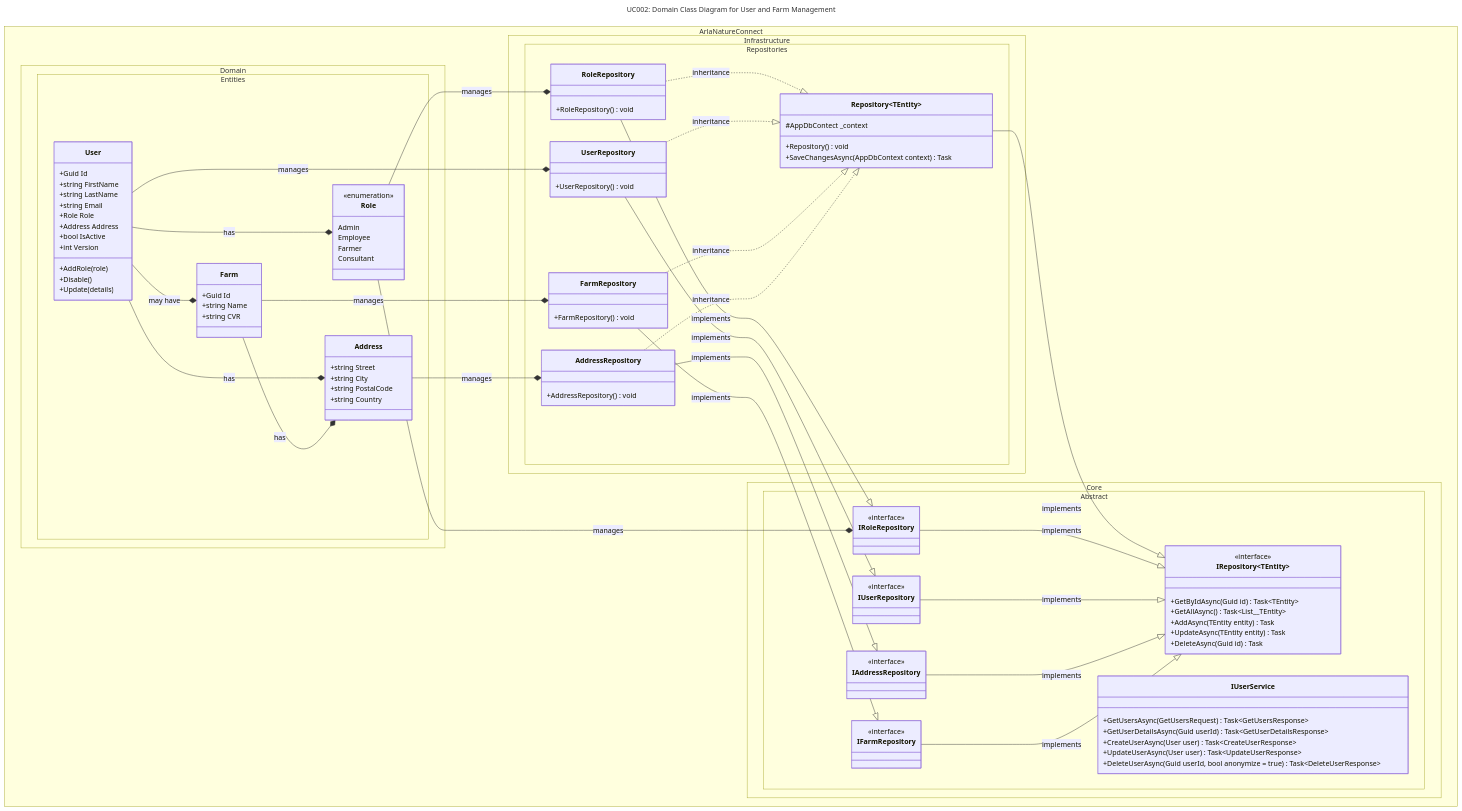
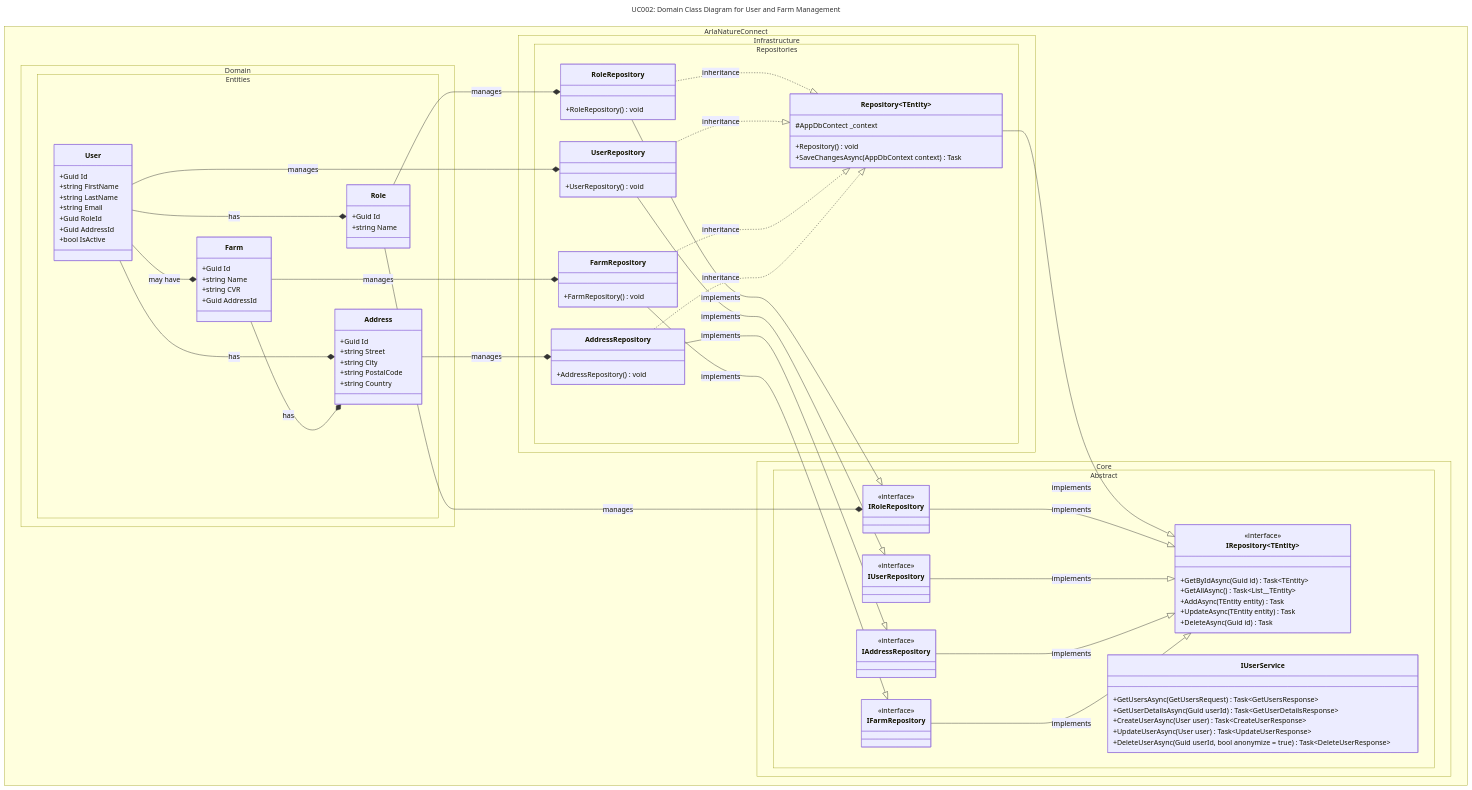
The diagram in docs/UseCase002-AdministrateFarmsAndUsers/UC002-DCD.mmd (DMOoF25-TEAM11/ArlaNatureConnect), drawn with Mermaid before and after one commit.

Commit message:
Update match the ER model

```diff
--- a/docs/UseCase002-AdministrateFarmsAndUsers/UC002-DCD.mmd
+++ b/docs/UseCase002-AdministrateFarmsAndUsers/UC002-DCD.mmd
@@ -1,136 +1,131 @@
 ---
 title: "UC002: Domain Class Diagram for User and Farm Management"
 crossreferencer: UC002-DomainModel.mmd, UC002-SSD.mmd
 ---
 classDiagram
     direction TB
 
     namespace ArlaNatureConnect.Domain.Entities {
         class User {
             +Guid Id
             +string FirstName
             +string LastName
             +string Email
-            +Role Role
-            +Address Address
+            +Guid RoleId
+            +Guid AddressId
             +bool IsActive
-            +int Version
-            +AddRole(role)
-            +Disable()
-            +Update(details)
         }
 
         class Role {
-            <<enumeration>>
-            Admin
-            Employee
-            Farmer
-            Consultant
+            +Guid Id
+            +string Name
         }
 
         class Farm {
             +Guid Id
             +string Name
             +string CVR
+            +Guid AddressId
         }
 
         class Address {
+            +Guid Id
             +string Street
             +string City
             +string PostalCode
             +string Country
         }
     }
 
     namespace ArlaNatureConnect.Core.Abstract {
         %% Repositories
 
         class IRepository~TEntity~ {
             <<interface>>
             +GetByIdAsync(Guid id) Task~TEntity~
             +GetAllAsync() Task~List__TEntity~
             +AddAsync(TEntity entity) Task
             +UpdateAsync(TEntity entity) Task
             +DeleteAsync(Guid id) Task
         }
 
         class IRoleRepository {
             <<interface>>
         }
 
         class IUserRepository {
             <<interface>>
         }
 
         class IAddressRepository {
             <<interface>>
         }
 
         class IFarmRepository {
             <<interface>>
         }
 
         class IUserService {
             +GetUsersAsync(GetUsersRequest) Task~GetUsersResponse~
             +GetUserDetailsAsync(Guid userId) Task~GetUserDetailsResponse~
             +CreateUserAsync(User user) Task~CreateUserResponse~
             +UpdateUserAsync(User user) Task~UpdateUserResponse~
             +DeleteUserAsync(Guid userId, bool anonymize = true) Task~DeleteUserResponse~
         }
     }
 
     namespace ArlaNatureConnect.Infrastructure.Repositories {
         class Repository~TEntity~ {
             #AppDbContect _context
             +Repository() void
             +SaveChangesAsync(AppDbContext context) Task
         }
 
         class RoleRepository {
             +RoleRepository() void
         }
 
         class UserRepository {
             +UserRepository() void
         }
 
         class AddressRepository {
             +AddressRepository() void
         }
 
         class FarmRepository {
             +FarmRepository() void
         }
     }
 
     %% Associations
     Role --* RoleRepository : manages
     User --* UserRepository : manages
     Farm --* FarmRepository : manages
     Address --* AddressRepository : manages
     Role --* IRoleRepository : manages
 
     %% Composition
     User --* Role : has
     User --* Address : has
     User --* Farm : may have
     Farm --* Address : has
 
     %% Inheritance and Implementation
     Repository --|> IRepository : implements
     RoleRepository --|> IRoleRepository : implements
     UserRepository --|> IUserRepository : implements
     AddressRepository --|> IAddressRepository : implements
     FarmRepository --|> IFarmRepository : implements
 
     IRoleRepository --|> IRepository : implements
     IUserRepository --|> IRepository : implements
     IAddressRepository --|> IRepository : implements
     IFarmRepository --|> IRepository : implements
 
     RoleRepository ..|> Repository : inheritance
     UserRepository ..|> Repository : inheritance
     FarmRepository ..|> Repository : inheritance
     AddressRepository ..|> Repository  : inheritance
 
     %% note right of ArlaNatureConnect.Core.IUserService: Service enforces authorization, validation and mapping
```
